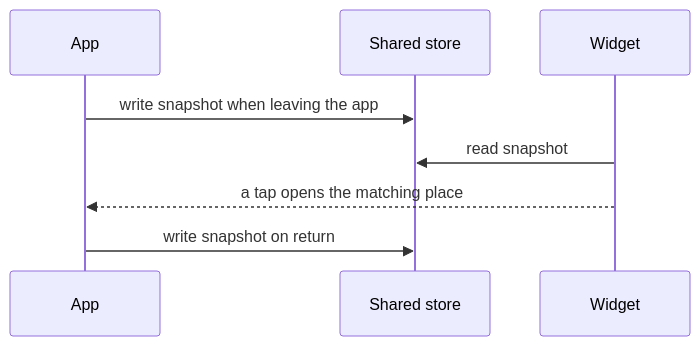
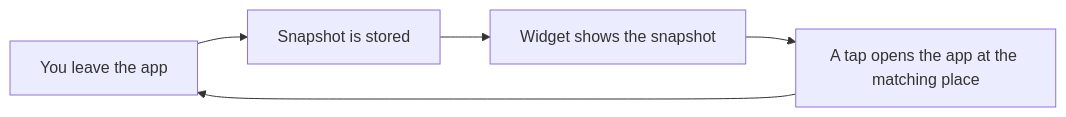
The diagram in en/manual/dashboard.md (delorienC/spartaisland-website), drawn with Mermaid before and after one commit. The commit also changed other lines of this file and 8 other files, not shown here.

````diff
--- a/en/manual/dashboard.md
+++ b/en/manual/dashboard.md
@@ -65,10 +65,7 @@
 ```mermaid
-sequenceDiagram
-  participant App
-  participant Store as Shared store
-  participant Widget
-  App->>Store: write snapshot when leaving the app
-  Widget->>Store: read snapshot
-  Widget-->>App: a tap opens the matching place
-  App->>Store: write snapshot on return
+flowchart LR
+  App["You leave the app"] --> Snap["Snapshot is stored"]
+  Snap --> Widget["Widget shows the snapshot"]
+  Widget --> Tap["A tap opens the app at the matching place"]
+  Tap --> App
 ```
````
